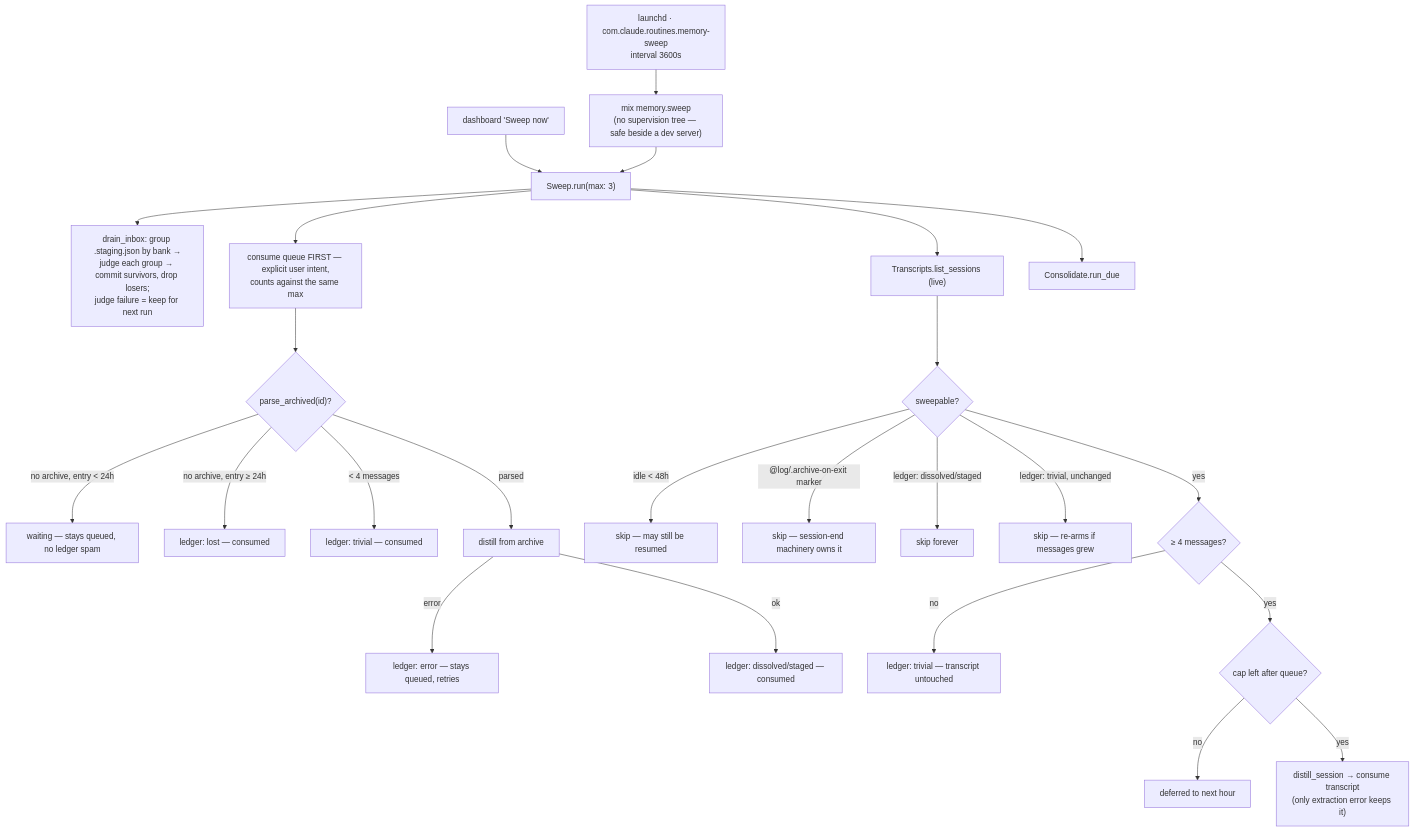
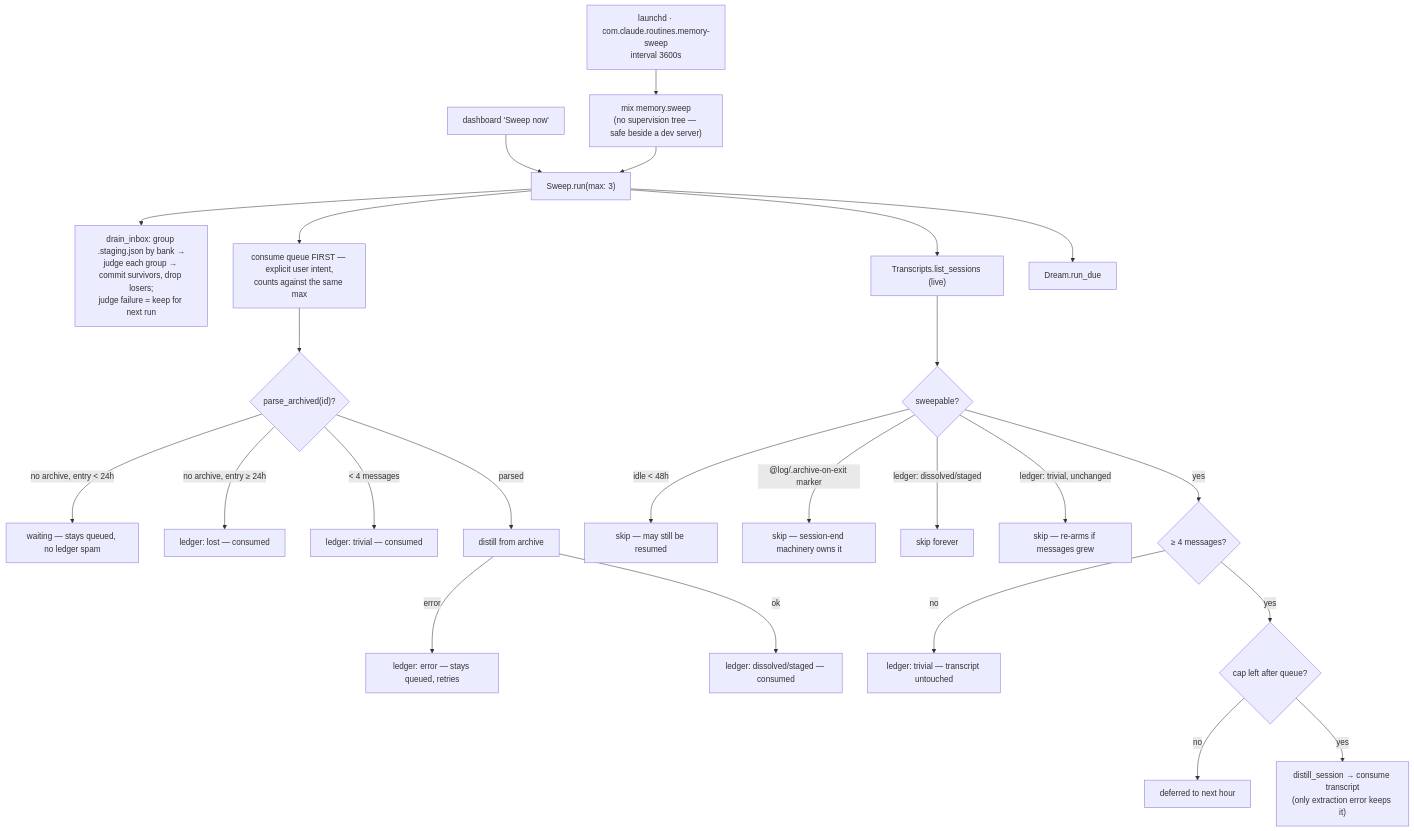
The fifth of 8 diagrams in @apps/web/lib/core/memory.md (jgeschwendt/.claude), drawn with Mermaid before and after one commit. The commit also changed other lines of this file and 8 other files, not shown here.

````diff
--- a/@apps/web/lib/core/memory.md
+++ b/@apps/web/lib/core/memory.md
@@ -198,31 +198,31 @@
 ```mermaid
 flowchart TD
     L["launchd · com.claude.routines.memory-sweep<br/>interval 3600s"] --> MX["mix memory.sweep<br/>(no supervision tree — safe beside a dev server)"]
     UI2["dashboard 'Sweep now'"] --> RUN
     MX --> RUN["Sweep.run(max: 3)"]
 
     RUN --> IB["drain_inbox: group .staging.json by bank →<br/>judge each group → commit survivors, drop losers;<br/>judge failure = keep for next run"]
 
     RUN --> QC["consume queue FIRST — explicit user intent,<br/>counts against the same max"]
     QC --> QA{"parse_archived(id)?"}
     QA -->|"no archive, entry < 24h"| QW["waiting — stays queued, no ledger spam"]
     QA -->|"no archive, entry ≥ 24h"| QL["ledger: lost — consumed"]
     QA -->|"< 4 messages"| QT["ledger: trivial — consumed"]
     QA -->|parsed| QD["distill from archive"]
     QD -->|error| QE["ledger: error — stays queued, retries"]
     QD -->|ok| QOK["ledger: dissolved/staged — consumed"]
 
     RUN --> LS["Transcripts.list_sessions (live)"]
     LS --> SQ{"sweepable?"}
     SQ -->|"idle < 48h"| NO1[skip — may still be resumed]
     SQ -->|"@log/.archive-on-exit marker"| NO2[skip — session-end machinery owns it]
     SQ -->|"ledger: dissolved/staged"| NO3[skip forever]
     SQ -->|"ledger: trivial, unchanged"| NO4["skip — re-arms if messages grew"]
     SQ -->|yes| MC{"≥ 4 messages?"}
     MC -->|no| TRIV["ledger: trivial — transcript untouched"]
     MC -->|yes| CAP{"cap left after queue?"}
     CAP -->|no| DEF[deferred to next hour]
     CAP -->|yes| D2["distill_session → consume transcript<br/>(only extraction error keeps it)"]
 
-    RUN --> CD["Consolidate.run_due"]
+    RUN --> CD["Dream.run_due"]
 ```
````
